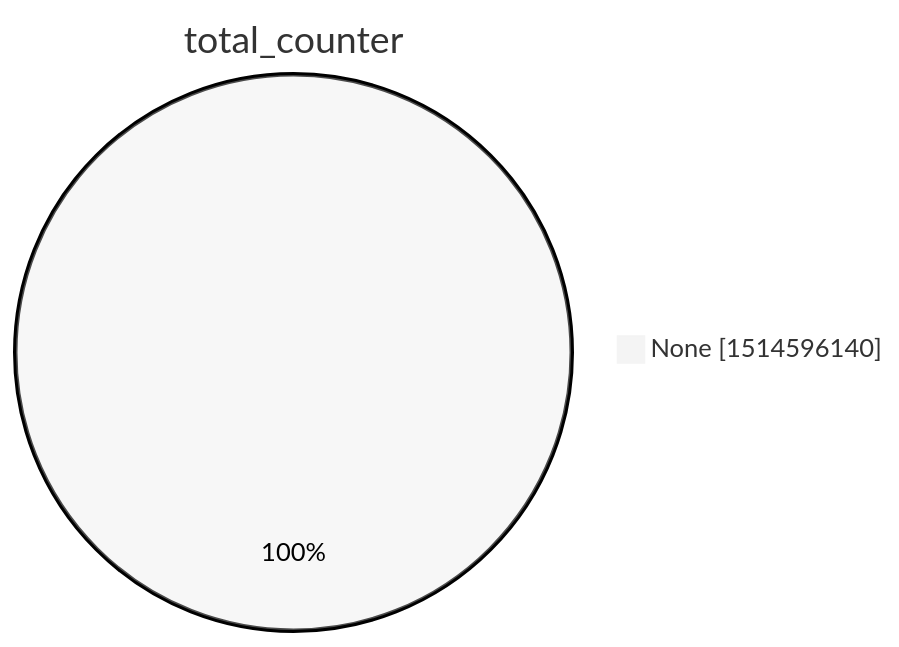
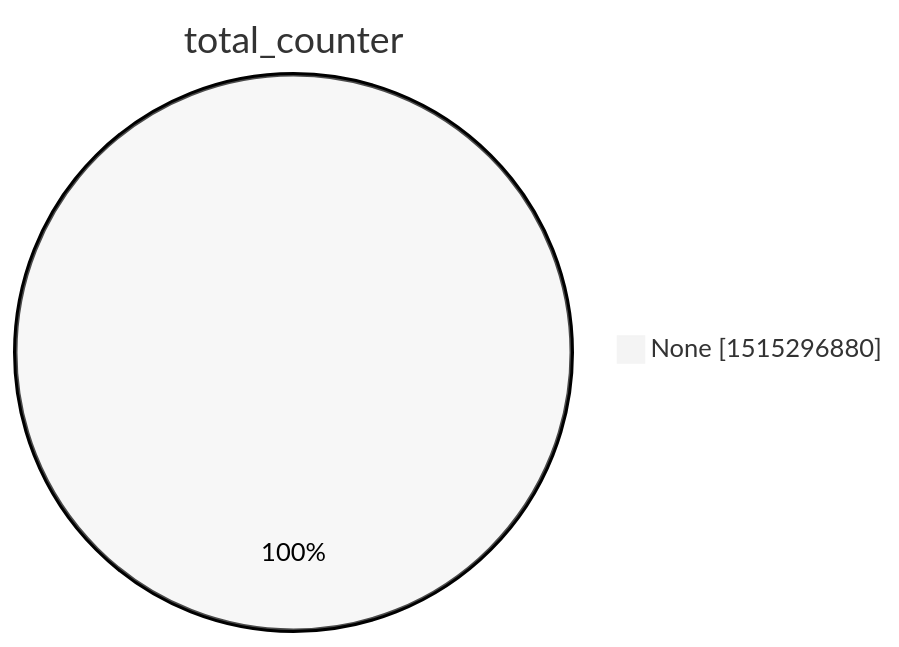
Before and after one commit to christiankrug/ctmonitor_visualization: the second of 15 diagrams in xenon2022/README.md, drawn with Mermaid (neutral theme). The commit also changed other lines of this file, not shown here.

````diff
--- a/xenon2022/README.md
+++ b/xenon2022/README.md
@@ -9,5 +9,5 @@
 ```mermaid
 pie showData
 title total_counter
-"None" :1514596140
+"None" :1515296880
 ```
````
